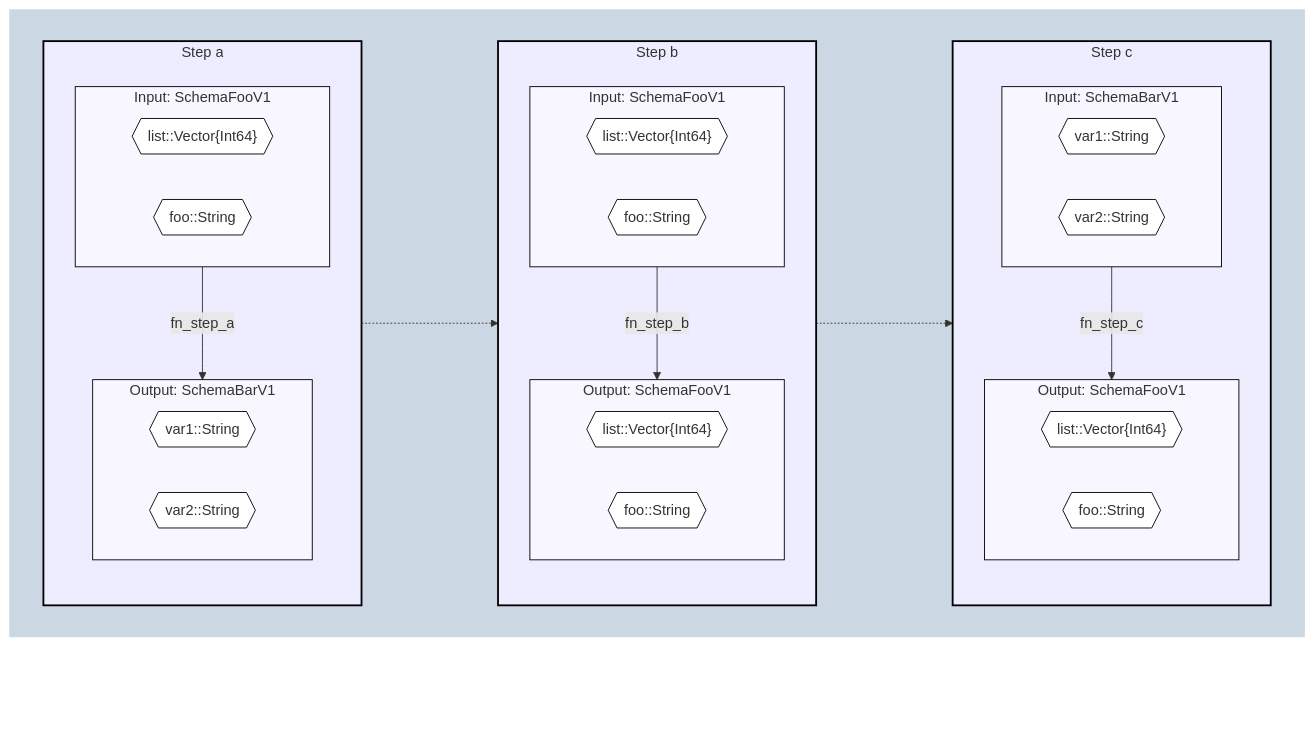
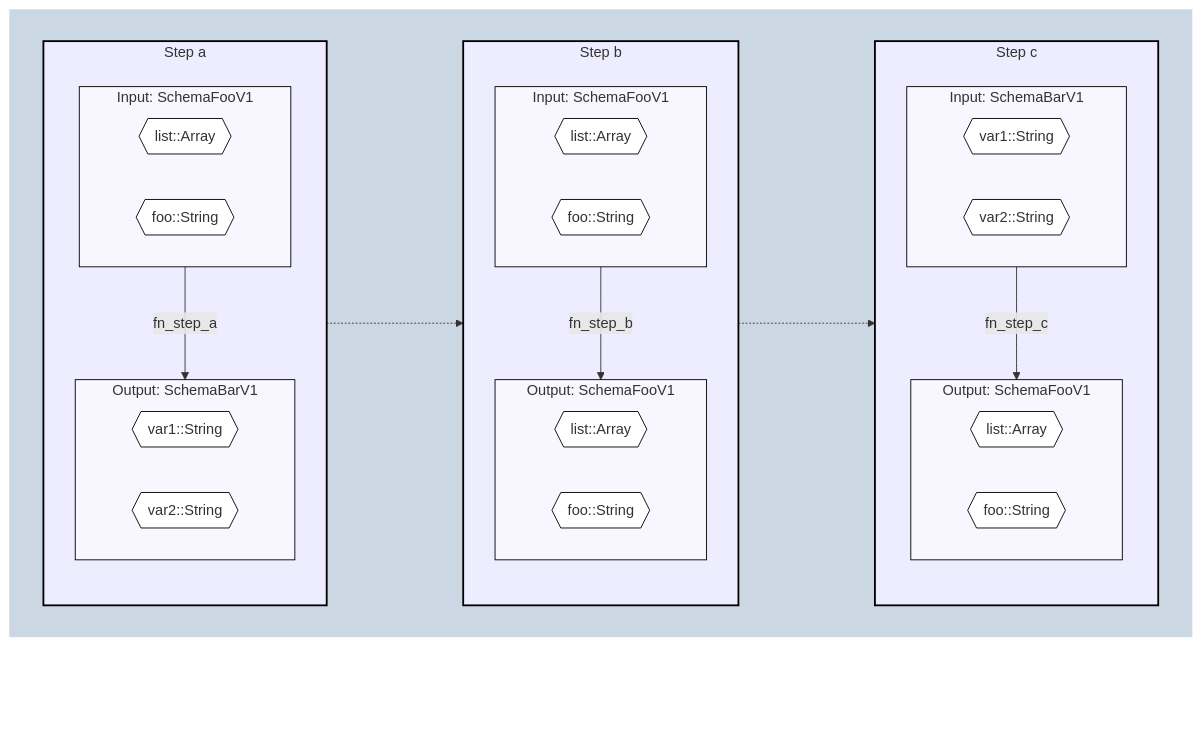
The diagram in test/reference_tests/mermaid_nothrowdag.md (beacon-biosignals/TransformSpecifications.jl), drawn with Mermaid before and after one commit. The commit also changed 7 other files, not shown here.

First line of the commit message:
Make `mermaidify` output robust to inputs (#21)

````diff
--- a/test/reference_tests/mermaid_nothrowdag.md
+++ b/test/reference_tests/mermaid_nothrowdag.md
@@ -1,74 +1,74 @@
 ```mermaid
 flowchart
 
 %% Define steps (nodes)
 subgraph OUTERLEVEL["` `"]
 direction LR
 subgraph STEP_A[Step a]
   direction TB
   subgraph STEP_A_InputSchema[Input: SchemaFooV1]
     direction RL
-    STEP_A_InputSchemalist{{"list::Vector{Int64}"}}
+    STEP_A_InputSchemalist{{"list::Array"}}
     class STEP_A_InputSchemalist classSpecField
     STEP_A_InputSchemafoo{{"foo::String"}}
     class STEP_A_InputSchemafoo classSpecField
   end
   subgraph STEP_A_OutputSchema[Output: SchemaBarV1]
     direction RL
     STEP_A_OutputSchemavar1{{"var1::String"}}
     class STEP_A_OutputSchemavar1 classSpecField
     STEP_A_OutputSchemavar2{{"var2::String"}}
     class STEP_A_OutputSchemavar2 classSpecField
   end
   STEP_A_InputSchema:::classSpec -- fn_step_a --> STEP_A_OutputSchema:::classSpec
 end
 subgraph STEP_B[Step b]
   direction TB
   subgraph STEP_B_InputSchema[Input: SchemaFooV1]
     direction RL
-    STEP_B_InputSchemalist{{"list::Vector{Int64}"}}
+    STEP_B_InputSchemalist{{"list::Array"}}
     class STEP_B_InputSchemalist classSpecField
     STEP_B_InputSchemafoo{{"foo::String"}}
     class STEP_B_InputSchemafoo classSpecField
   end
   subgraph STEP_B_OutputSchema[Output: SchemaFooV1]
     direction RL
-    STEP_B_OutputSchemalist{{"list::Vector{Int64}"}}
+    STEP_B_OutputSchemalist{{"list::Array"}}
     class STEP_B_OutputSchemalist classSpecField
     STEP_B_OutputSchemafoo{{"foo::String"}}
     class STEP_B_OutputSchemafoo classSpecField
   end
   STEP_B_InputSchema:::classSpec -- fn_step_b --> STEP_B_OutputSchema:::classSpec
 end
 subgraph STEP_C[Step c]
   direction TB
   subgraph STEP_C_InputSchema[Input: SchemaBarV1]
     direction RL
     STEP_C_InputSchemavar1{{"var1::String"}}
     class STEP_C_InputSchemavar1 classSpecField
     STEP_C_InputSchemavar2{{"var2::String"}}
     class STEP_C_InputSchemavar2 classSpecField
   end
   subgraph STEP_C_OutputSchema[Output: SchemaFooV1]
     direction RL
-    STEP_C_OutputSchemalist{{"list::Vector{Int64}"}}
+    STEP_C_OutputSchemalist{{"list::Array"}}
     class STEP_C_OutputSchemalist classSpecField
     STEP_C_OutputSchemafoo{{"foo::String"}}
     class STEP_C_OutputSchemafoo classSpecField
   end
   STEP_C_InputSchema:::classSpec -- fn_step_c --> STEP_C_OutputSchema:::classSpec
 end
 
 %% Link steps (edges)
 STEP_A:::classStep -..-> STEP_B:::classStep
 STEP_B:::classStep -..-> STEP_C:::classStep
 
 end
 OUTERLEVEL:::classOuter ~~~ OUTERLEVEL:::classOuter
 
 %% Styling definitions
 classDef classOuter fill:#cbd7e2,stroke:#000,stroke-width:0px;
 classDef classStep fill:#eeedff,stroke:#000,stroke-width:2px;
 classDef classSpec fill:#f8f7ff,stroke:#000,stroke-width:1px;
 classDef classSpecField fill:#fff,stroke:#000,stroke-width:1px;
 ```
````
